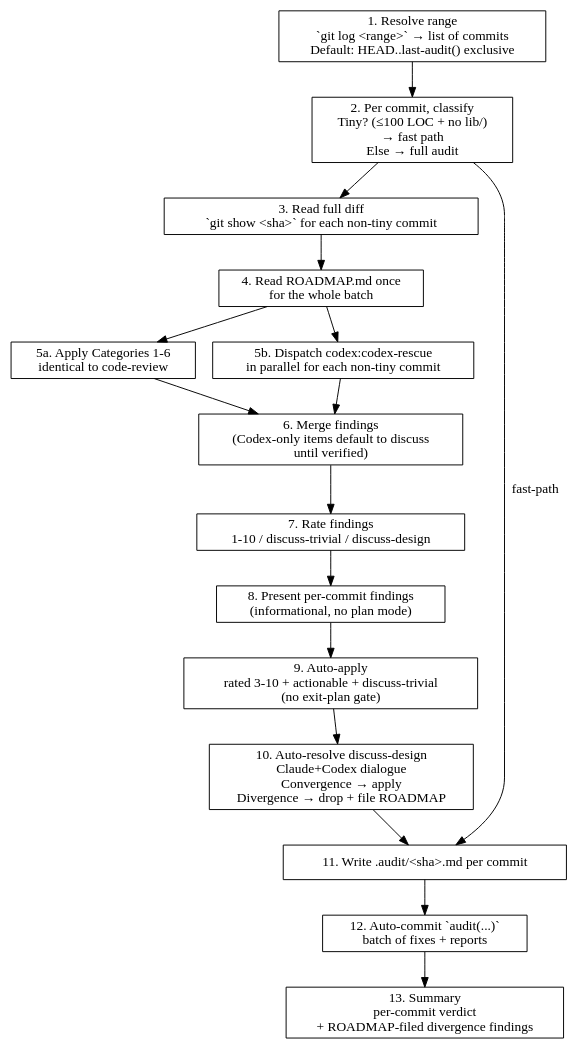
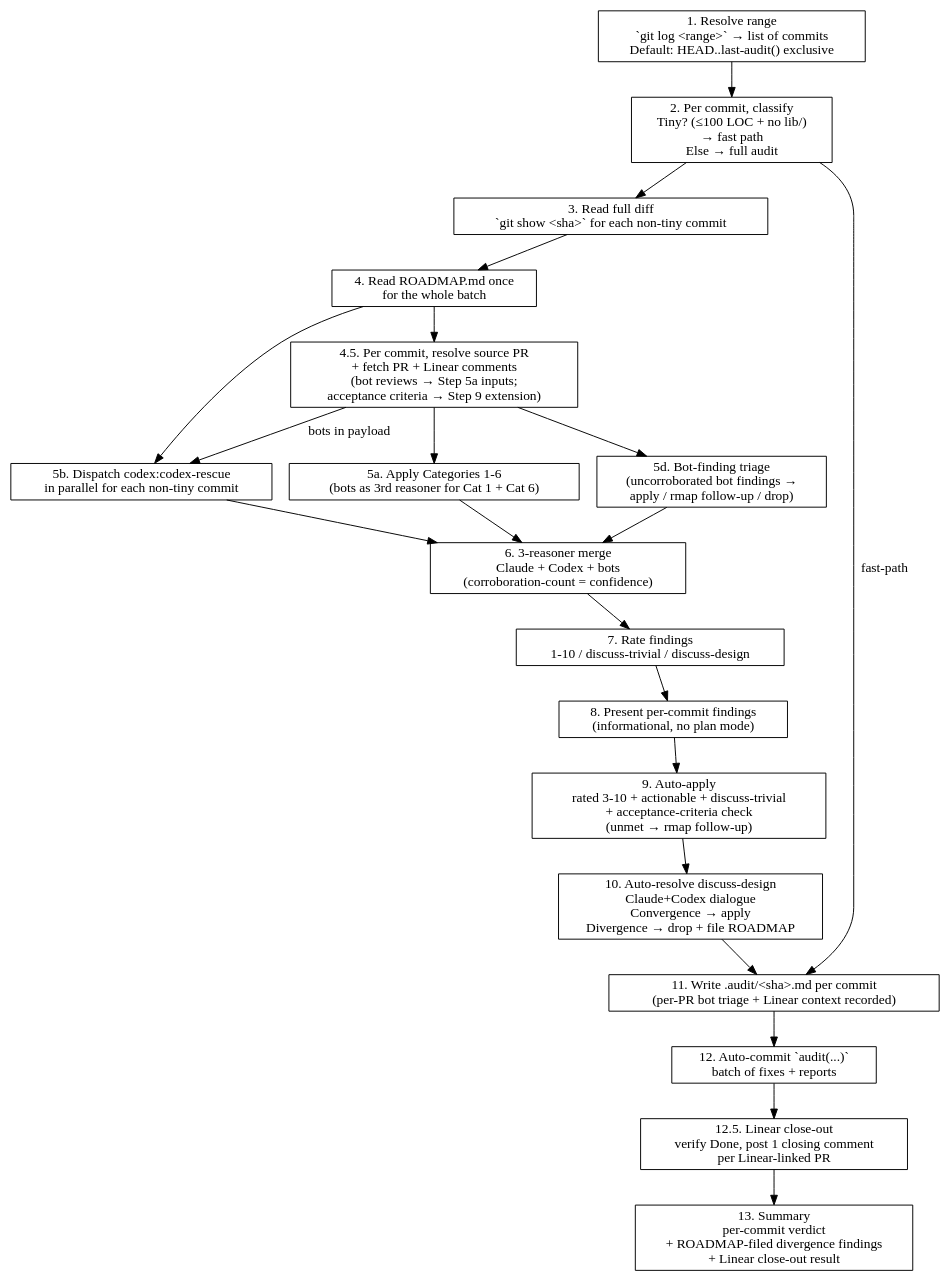
The diagram in plugins/staged-review/skills/audit-review/SKILL.md (ZenHive/claude-marketplace-elixir), drawn with Graphviz before and after one commit. The commit also changed other lines of this file and 30 other files, not shown here.

First line of the commit message:
staged-review v2.0.0: delete commit-review, pre-merge goes GH-native (gh pr merge --auto)

````diff
--- a/plugins/staged-review/skills/audit-review/SKILL.md
+++ b/plugins/staged-review/skills/audit-review/SKILL.md
@@ -61,26 +66,32 @@
 ```dot
 digraph audit_review {
   rankdir=TB;
   node [shape=box];
 
-  resolve  [label="1. Resolve range\n`git log <range>` → list of commits\nDefault: HEAD..last-audit() exclusive"];
-  classify [label="2. Per commit, classify\nTiny? (≤100 LOC + no lib/)\n→ fast path\nElse → full audit"];
-  diff     [label="3. Read full diff\n`git show <sha>` for each non-tiny commit"];
-  roadmap  [label="4. Read ROADMAP.md once\nfor the whole batch"];
-  cats     [label="5a. Apply Categories 1-6\nidentical to code-review"];
-  codex    [label="5b. Dispatch codex:codex-rescue\nin parallel for each non-tiny commit"];
-  merge    [label="6. Merge findings\n(Codex-only items default to discuss\nuntil verified)"];
-  rate     [label="7. Rate findings\n1-10 / discuss-trivial / discuss-design"];
-  table    [label="8. Present per-commit findings\n(informational, no plan mode)"];
-  apply    [label="9. Auto-apply\nrated 3-10 + actionable + discuss-trivial\n(no exit-plan gate)"];
-  dialogue [label="10. Auto-resolve discuss-design\nClaude+Codex dialogue\nConvergence → apply\nDivergence → drop + file ROADMAP"];
-  report   [label="11. Write .audit/<sha>.md per commit"];
-  commit   [label="12. Auto-commit `audit(...)`\nbatch of fixes + reports"];
-  summary  [label="13. Summary\nper-commit verdict\n+ ROADMAP-filed divergence findings"];
+  resolve   [label="1. Resolve range\n`git log <range>` → list of commits\nDefault: HEAD..last-audit() exclusive"];
+  classify  [label="2. Per commit, classify\nTiny? (≤100 LOC + no lib/)\n→ fast path\nElse → full audit"];
+  diff      [label="3. Read full diff\n`git show <sha>` for each non-tiny commit"];
+  roadmap   [label="4. Read ROADMAP.md once\nfor the whole batch"];
+  pr_ctx    [label="4.5. Per commit, resolve source PR\n+ fetch PR + Linear comments\n(bot reviews → Step 5a inputs;\nacceptance criteria → Step 9 extension)"];
+  cats      [label="5a. Apply Categories 1-6\n(bots as 3rd reasoner for Cat 1 + Cat 6)"];
+  codex     [label="5b. Dispatch codex:codex-rescue\nin parallel for each non-tiny commit"];
+  triage    [label="5d. Bot-finding triage\n(uncorroborated bot findings →\napply / rmap follow-up / drop)"];
+  merge     [label="6. 3-reasoner merge\nClaude + Codex + bots\n(corroboration-count = confidence)"];
+  rate      [label="7. Rate findings\n1-10 / discuss-trivial / discuss-design"];
+  table     [label="8. Present per-commit findings\n(informational, no plan mode)"];
+  apply     [label="9. Auto-apply\nrated 3-10 + actionable + discuss-trivial\n+ acceptance-criteria check\n(unmet → rmap follow-up)"];
+  dialogue  [label="10. Auto-resolve discuss-design\nClaude+Codex dialogue\nConvergence → apply\nDivergence → drop + file ROADMAP"];
+  report    [label="11. Write .audit/<sha>.md per commit\n(per-PR bot triage + Linear context recorded)"];
+  commit    [label="12. Auto-commit `audit(...)`\nbatch of fixes + reports"];
+  closeout  [label="12.5. Linear close-out\nverify Done, post 1 closing comment\nper Linear-linked PR"];
+  summary   [label="13. Summary\nper-commit verdict\n+ ROADMAP-filed divergence findings\n+ Linear close-out result"];
 
-  resolve -> classify -> diff -> roadmap -> cats -> merge;
+  resolve -> classify -> diff -> roadmap -> pr_ctx -> cats -> merge;
   roadmap -> codex -> merge;
+  pr_ctx -> codex [label="bots in payload"];
+  pr_ctx -> triage;
+  triage -> merge;
   classify -> report [label="fast-path"];
-  merge -> rate -> table -> apply -> dialogue -> report -> commit -> summary;
+  merge -> rate -> table -> apply -> dialogue -> report -> commit -> closeout -> summary;
 }
 ```
````
